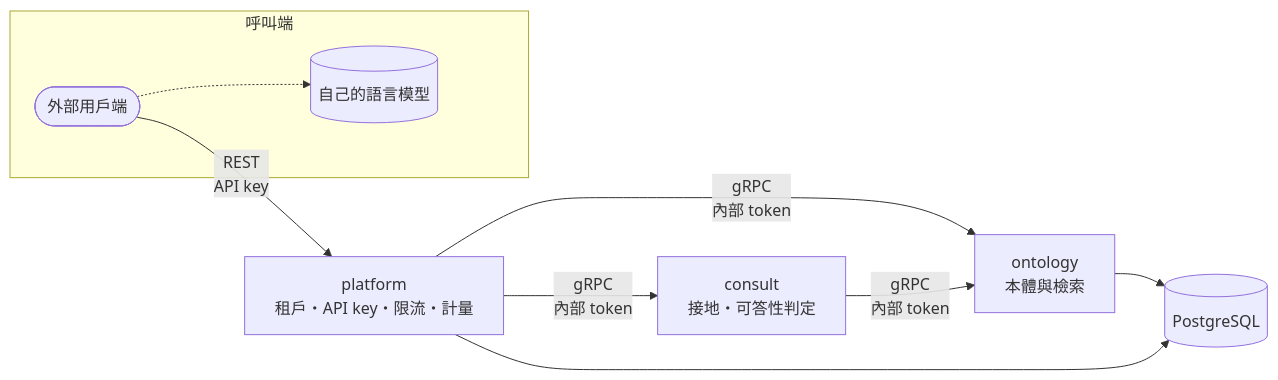
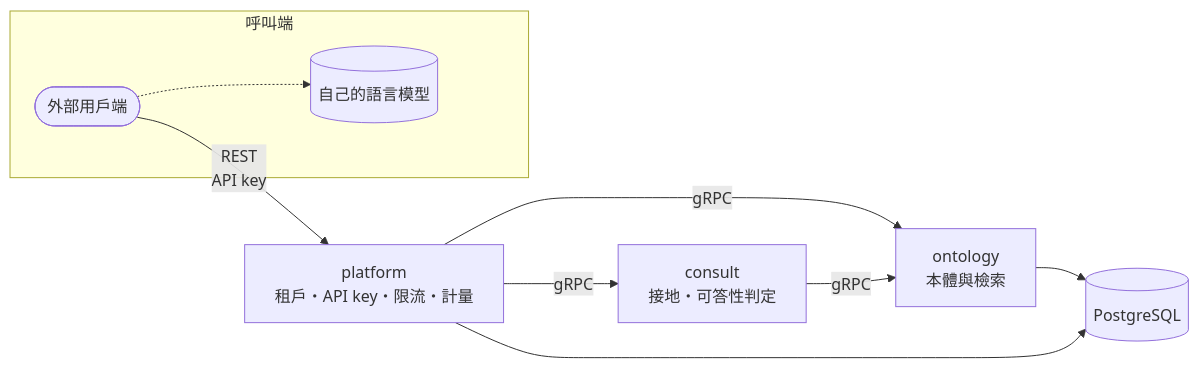
One commit to elihu0211/envcite changed the diagram in README.md. Above: the diagram before and after it, drawn with Mermaid. The commit also changed other lines of this file and 33 other files, not shown here.

````diff
--- a/README.md
+++ b/README.md
@@ -28,21 +28,21 @@
 ```mermaid
 flowchart LR
     client([外部用戶端])
     platform["platform<br/>租戶・API key・限流・計量"]
     ontology["ontology<br/>本體與檢索"]
     consult["consult<br/>接地・可答性判定"]
     pg[(PostgreSQL)]
 
     subgraph caller [呼叫端]
         client
         llm[(自己的語言模型)]
     end
 
     client -- "REST<br/>API key" --> platform
-    platform -- "gRPC<br/>內部 token" --> ontology
-    platform -- "gRPC<br/>內部 token" --> consult
-    consult -- "gRPC<br/>內部 token" --> ontology
+    platform -- "gRPC" --> ontology
+    platform -- "gRPC" --> consult
+    consult -- "gRPC" --> ontology
     client -.-> llm
     ontology --> pg
     platform --> pg
 ```
````
